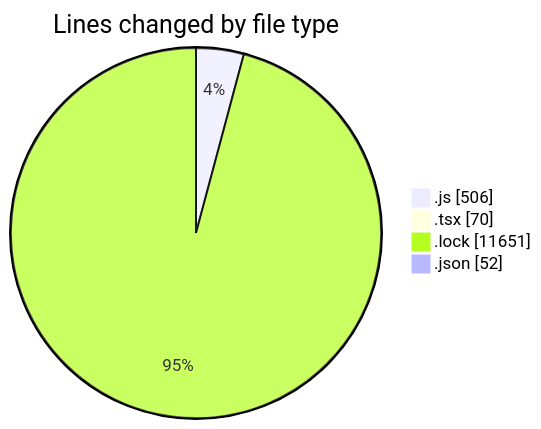
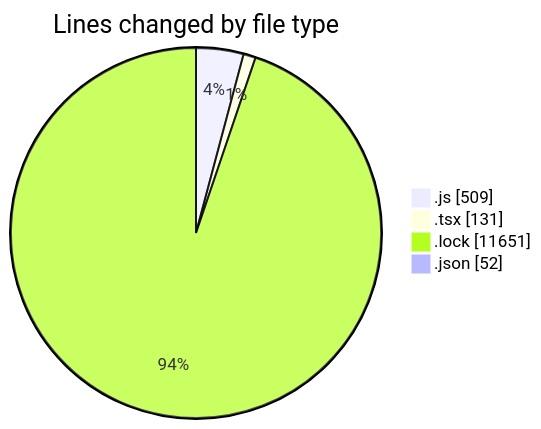
Before and after one commit to momahboobian/code-tracking: the first of 2 diagrams in 2026-01-13/cda/README.md, drawn with Mermaid. The commit also changed other lines of this file and 1 other file, not shown here.

````diff
--- a/2026-01-13/cda/README.md
+++ b/2026-01-13/cda/README.md
@@ -24,8 +24,8 @@
 ```mermaid
 pie showData
 title Lines changed by file type
-".js" : 506
-".tsx" : 70
+".js" : 509
+".tsx" : 131
 ".lock" : 11651
 ".json" : 52
 ```
````
